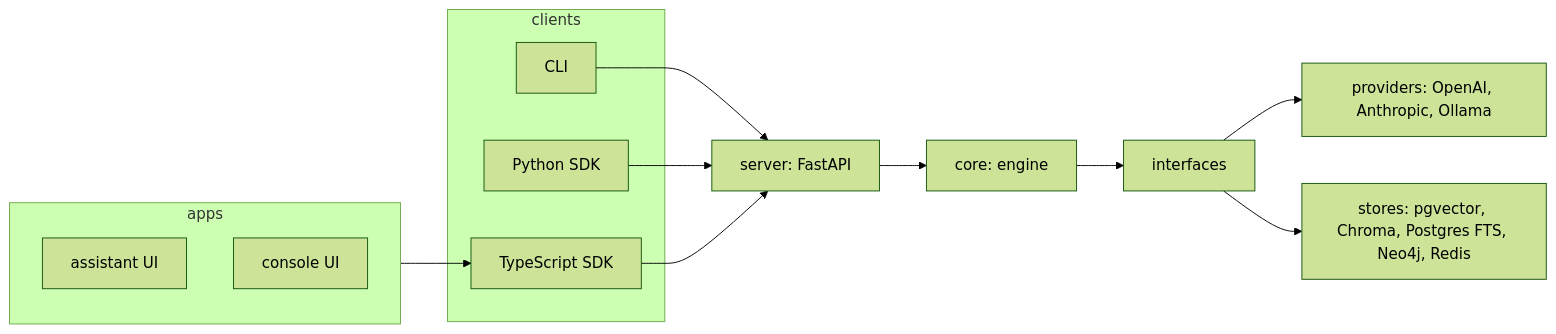
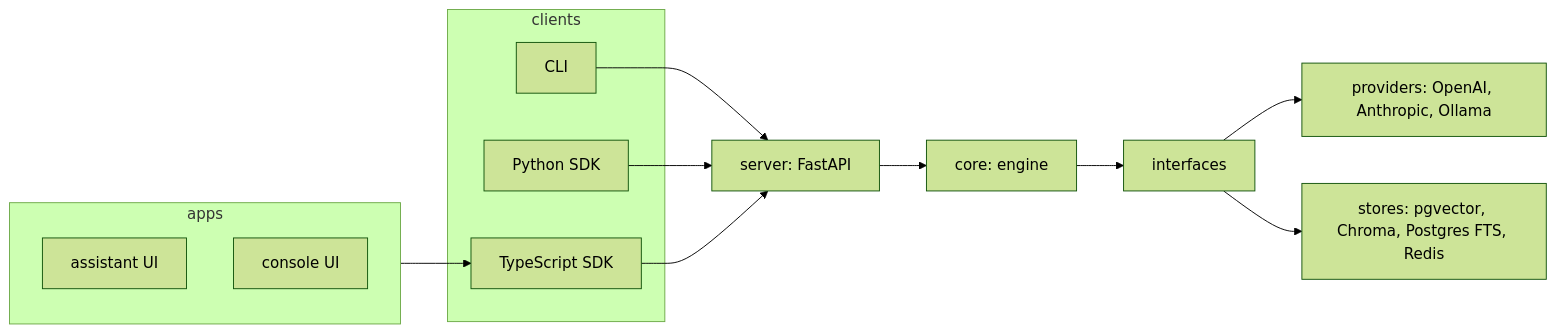
One commit to ranjan-del/ragfabric changed the first of 2 diagrams in docs/architecture.md. Above: the diagram before and after it, drawn with Mermaid (forest theme). The commit also changed other lines of this file and 16 other files, not shown here.

Commit message:
docs: record the graph store and extraction trust decisions

````diff
--- a/docs/architecture.md
+++ b/docs/architecture.md
@@ -8,18 +8,18 @@
 ```mermaid
 flowchart LR
     subgraph apps
         A1[assistant UI]
         A2[console UI]
     end
     subgraph clients
         C1[CLI]
         C2[Python SDK]
         C3[TypeScript SDK]
     end
     apps --> C3
     C1 & C2 & C3 --> S[server: FastAPI]
     S --> CORE[core: engine]
     CORE --> I[interfaces]
     I --> P[providers: OpenAI, Anthropic, Ollama]
-    I --> ST[stores: pgvector, Chroma, Postgres FTS, Neo4j, Redis]
+    I --> ST[stores: pgvector, Chroma, Postgres FTS, Redis]
 ```
````
